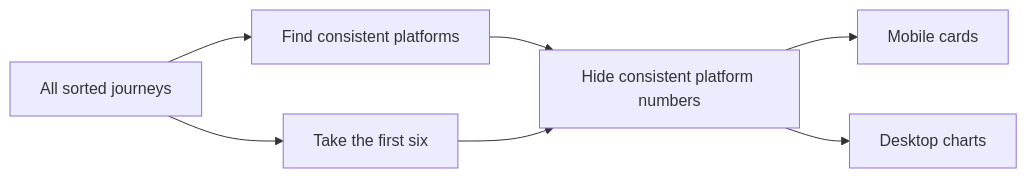
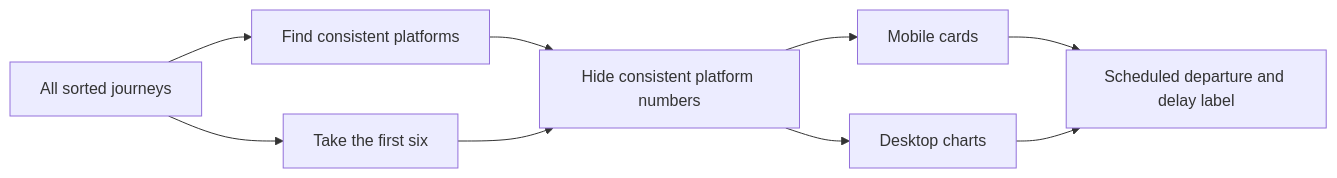
One commit to nd9600/trainDashboard changed the fourth of 4 diagrams in docs/journey-planning.md. Above: the diagram before and after it, drawn with Mermaid. The commit also changed other lines of this file and 8 other files, not shown here.

````diff
--- a/docs/journey-planning.md
+++ b/docs/journey-planning.md
@@ -105,16 +105,19 @@
 ```mermaid
 flowchart LR
     planned[All sorted journeys]
     platforms[Find consistent platforms]
     firstSix[Take the first six]
     adjust[Hide consistent platform numbers]
     mobile[Mobile cards]
     desktop[Desktop charts]
+    departure[Scheduled departure and delay label]
 
     planned --> platforms
     planned --> firstSix
     platforms --> adjust
     firstSix --> adjust
     adjust --> mobile
     adjust --> desktop
+    mobile --> departure
+    desktop --> departure
 ```
````
